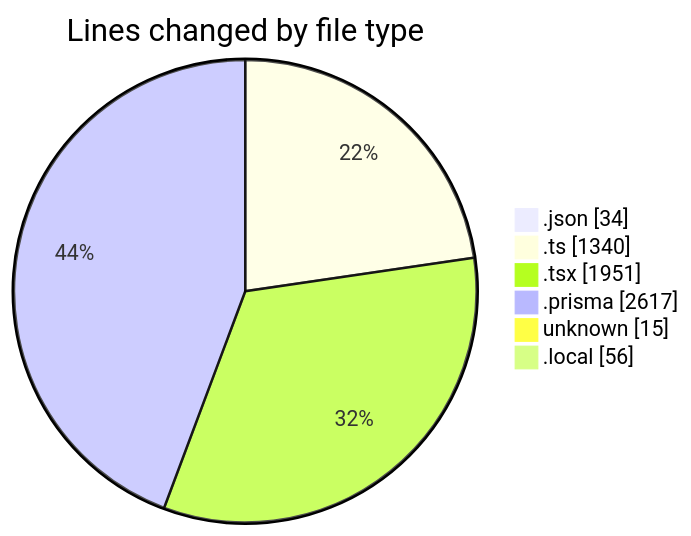
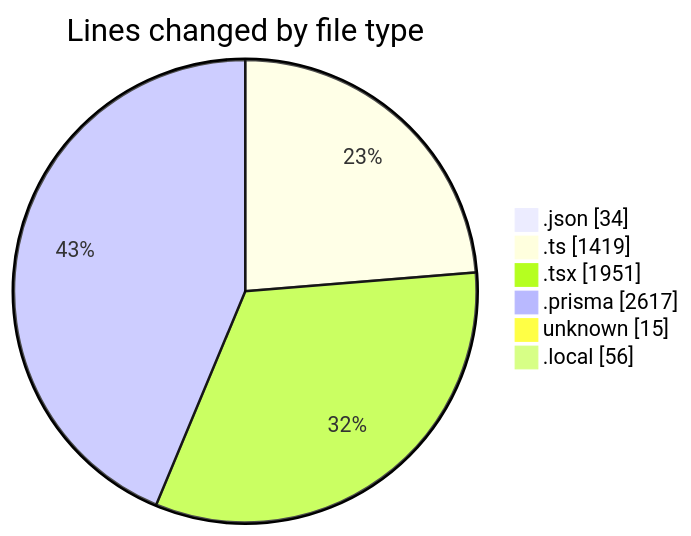
The first of 2 diagrams in 2025-05-15/ecodeli-1/README.md (CELIANVF/code-tracking), drawn with Mermaid before and after one commit. The commit also changed other lines of this file and 1 other file, not shown here.

````diff
--- a/2025-05-15/ecodeli-1/README.md
+++ b/2025-05-15/ecodeli-1/README.md
@@ -34,10 +35,10 @@
 ```mermaid
 pie showData
 title Lines changed by file type
 ".json" : 34
-".ts" : 1340
+".ts" : 1419
 ".tsx" : 1951
 ".prisma" : 2617
 "unknown" : 15
 ".local" : 56
 ```
````
